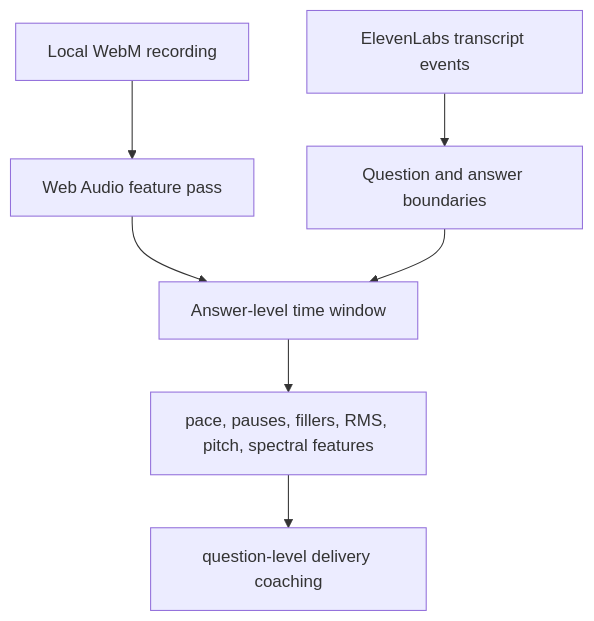
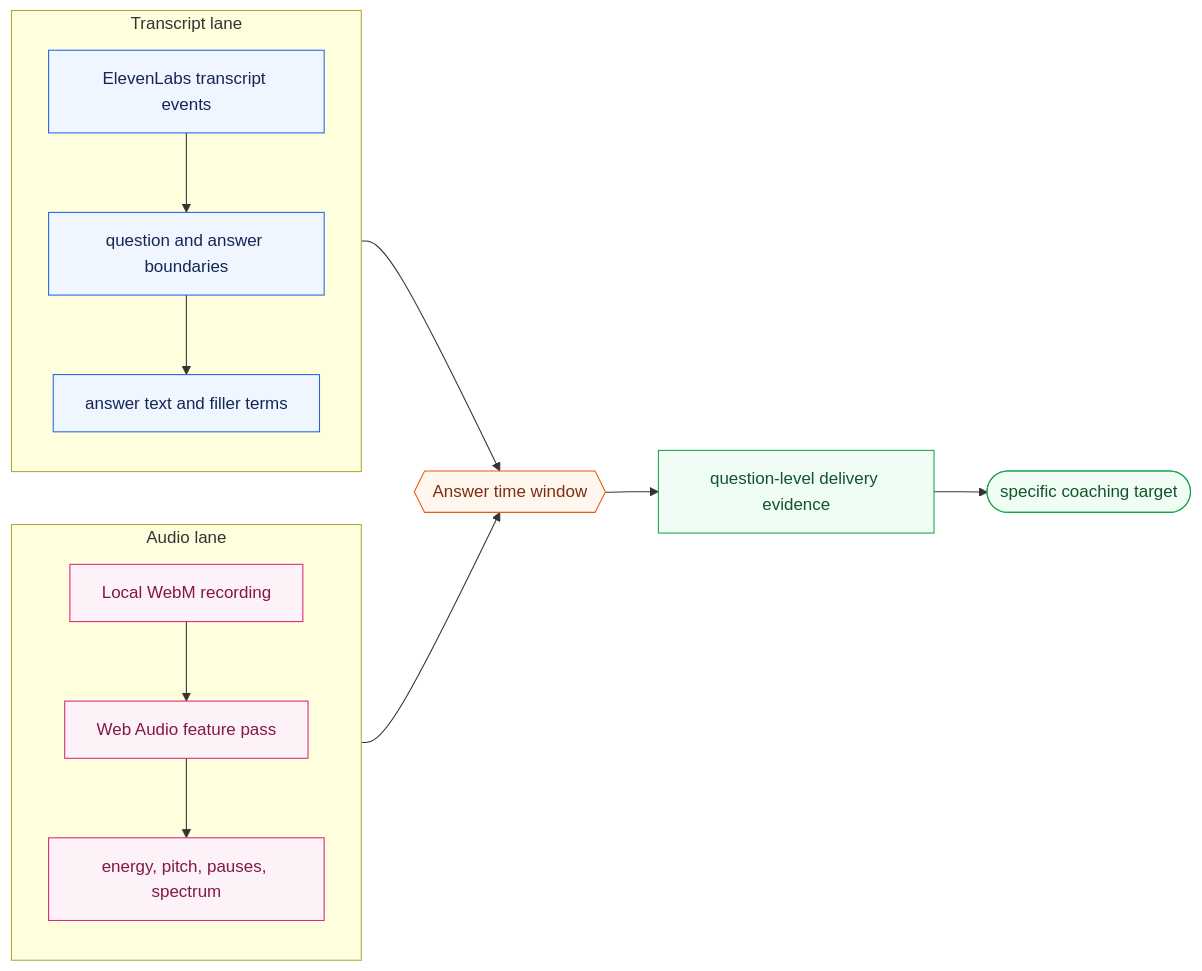
One commit to parthsharma234/kelv changed the third of 3 diagrams in README.md. Above: the diagram before and after it, drawn with Mermaid. The commit also changed other lines of this file, not shown here.

Commit message:
Clarify README vision and voice flows

````diff
--- a/README.md
+++ b/README.md
@@ -86,9 +95,28 @@
 ```mermaid
-flowchart TB
-  Recording[Local WebM recording] --> Features[Web Audio feature pass]
-  Transcript[ElevenLabs transcript events] --> Boundaries[Question and answer boundaries]
-  Features --> Window[Answer-level time window]
-  Boundaries --> Window
-  Window --> Delivery[pace, pauses, fillers, RMS, pitch, spectral features]
-  Delivery --> Coaching[question-level delivery coaching]
+flowchart LR
+  subgraph AudioLane[Audio lane]
+    direction TB
+    Recording[Local WebM recording] --> Features[Web Audio feature pass]
+    Features --> Acoustics[energy, pitch, pauses, spectrum]
+  end
+
+  subgraph TextLane[Transcript lane]
+    direction TB
+    Events[ElevenLabs transcript events] --> Boundaries[question and answer boundaries]
+    Boundaries --> Words[answer text and filler terms]
+  end
+
+  Acoustics --> Window{{Answer time window}}
+  Words --> Window
+  Window --> Delivery[question-level delivery evidence]
+  Delivery --> Coaching([specific coaching target])
+
+  classDef audio fill:#fdf2f8,stroke:#db2777,color:#831843
+  classDef text fill:#eff6ff,stroke:#2563eb,color:#172554
+  classDef merge fill:#fff7ed,stroke:#ea580c,color:#7c2d12
+  classDef out fill:#f0fdf4,stroke:#16a34a,color:#14532d
+  class Recording,Features,Acoustics audio
+  class Events,Boundaries,Words text
+  class Window merge
+  class Delivery,Coaching out
 ```
````
